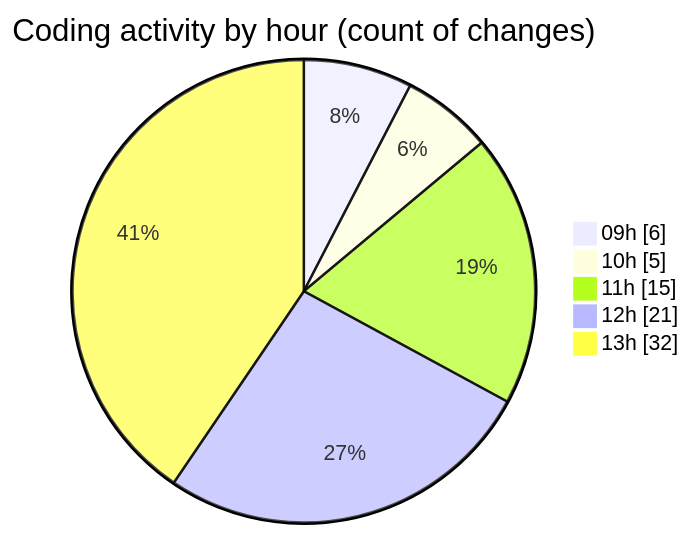
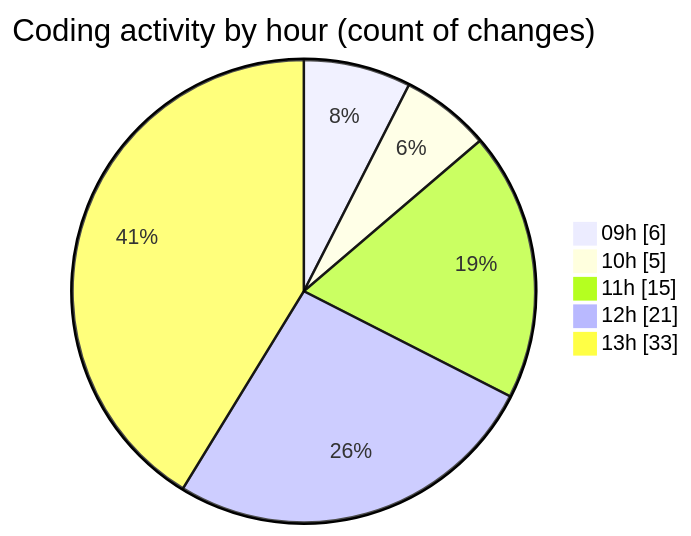
One commit to momahboobian/code-tracking changed the second of 2 diagrams in 2025-10-02/cda/README.md. Above: the diagram before and after it, drawn with Mermaid. The commit also changed other lines of this file and 1 other file, not shown here.

````diff
--- a/2025-10-02/cda/README.md
+++ b/2025-10-02/cda/README.md
@@ -40,9 +40,9 @@
 ```mermaid
 pie showData
 title Coding activity by hour (count of changes)
 "09h" : 6
 "10h" : 5
 "11h" : 15
 "12h" : 21
-"13h" : 32
+"13h" : 33
 ```
````
